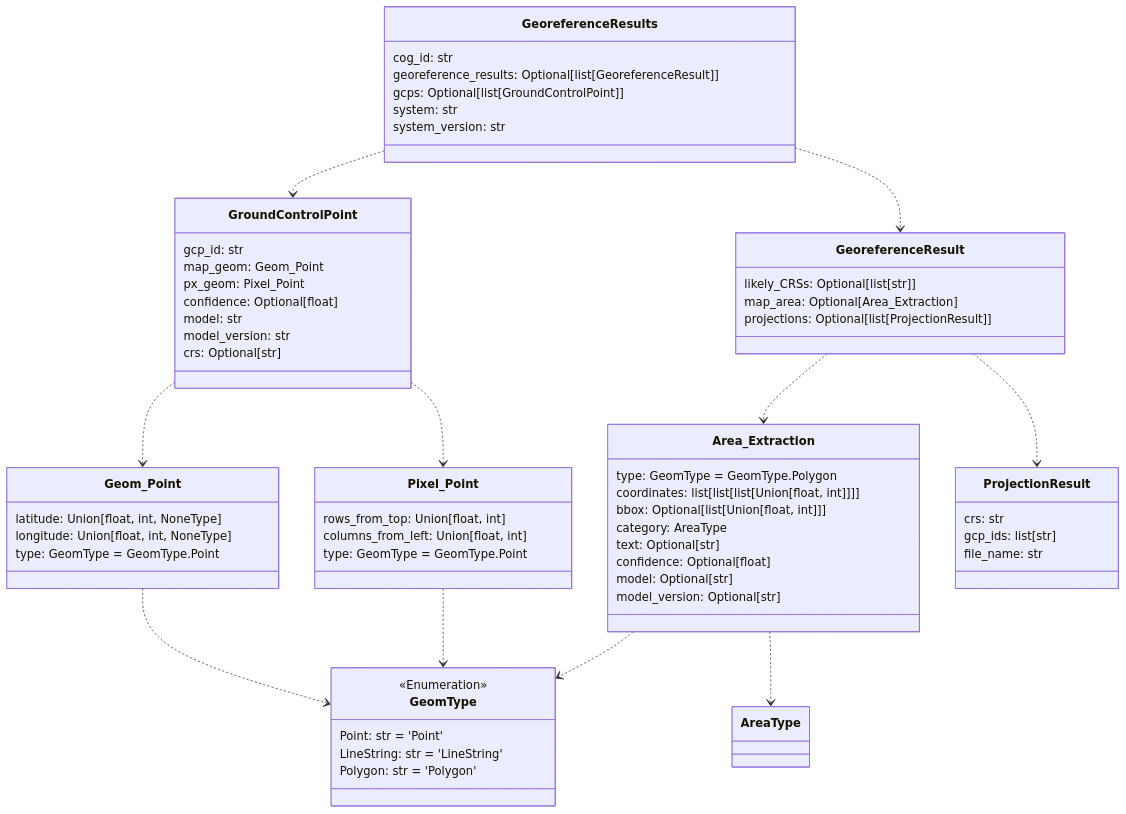
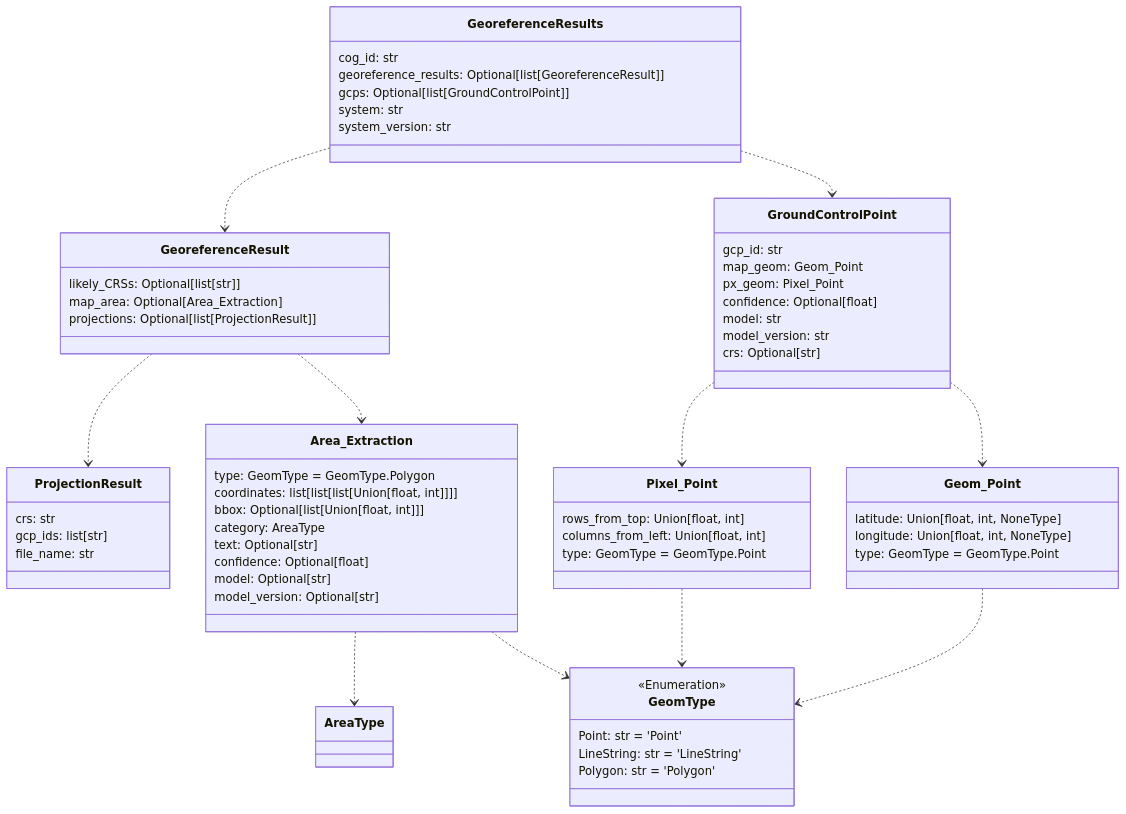
One commit to DARPA-CRITICALMAAS/cdr_schemas changed the first of 3 diagrams in README.md. Above: the diagram before and after it, drawn with Mermaid. The commit also changed other lines of this file, not shown here.

Commit message:
remove point

````diff
--- a/README.md
+++ b/README.md
@@ -50,76 +50,76 @@
 ```mermaid
 classDiagram
+
+    class GeomType {
+        <<Enumeration>>
+        Point: str = 'Point'
+        LineString: str = 'LineString'
+        Polygon: str = 'Polygon'
+    }
+
+    class Geom_Point {
+        latitude: Union[float, int, NoneType]
+        longitude: Union[float, int, NoneType]
+        type: GeomType = GeomType.Point
+    }
 
     class GroundControlPoint {
         gcp_id: str
         map_geom: Geom_Point
         px_geom: Pixel_Point
         confidence: Optional[float]
         model: str
         model_version: str
         crs: Optional[str]
     }
 
-    class ProjectionResult {
-        crs: str
-        gcp_ids: list[str]
-        file_name: str
+    class GeoreferenceResults {
+        cog_id: str
+        georeference_results: Optional[list[GeoreferenceResult]]
+        gcps: Optional[list[GroundControlPoint]]
+        system: str
+        system_version: str
     }
 
     class GeoreferenceResult {
         likely_CRSs: Optional[list[str]]
         map_area: Optional[Area_Extraction]
         projections: Optional[list[ProjectionResult]]
     }
 
-    class Geom_Point {
-        latitude: Union[float, int, NoneType]
-        longitude: Union[float, int, NoneType]
+    class Pixel_Point {
+        rows_from_top: Union[float, int]
+        columns_from_left: Union[float, int]
         type: GeomType = GeomType.Point
+    }
+
+    class ProjectionResult {
+        crs: str
+        gcp_ids: list[str]
+        file_name: str
     }
 
     class Area_Extraction {
         type: GeomType = GeomType.Polygon
         coordinates: list[list[list[Union[float, int]]]]
         bbox: Optional[list[Union[float, int]]]
         category: AreaType
         text: Optional[str]
         confidence: Optional[float]
         model: Optional[str]
         model_version: Optional[str]
     }
 
-    class GeomType {
-        <<Enumeration>>
-        Point: str = 'Point'
-        LineString: str = 'LineString'
-        Polygon: str = 'Polygon'
-    }
-
-    class Pixel_Point {
-        rows_from_top: Union[float, int]
-        columns_from_left: Union[float, int]
-        type: GeomType = GeomType.Point
-    }
-
-    class GeoreferenceResults {
-        cog_id: str
-        georeference_results: Optional[list[GeoreferenceResult]]
-        gcps: Optional[list[GroundControlPoint]]
-        system: str
-        system_version: str
-    }
-
+    Area_Extraction ..> AreaType
     Area_Extraction ..> GeomType
-    Area_Extraction ..> AreaType
     Geom_Point ..> GeomType
     Pixel_Point ..> GeomType
+    GroundControlPoint ..> Pixel_Point
     GroundControlPoint ..> Geom_Point
-    GroundControlPoint ..> Pixel_Point
+    GeoreferenceResult ..> ProjectionResult
     GeoreferenceResult ..> Area_Extraction
-    GeoreferenceResult ..> ProjectionResult
+    GeoreferenceResults ..> GeoreferenceResult
     GeoreferenceResults ..> GroundControlPoint
-    GeoreferenceResults ..> GeoreferenceResult
 
 
 ```
````
